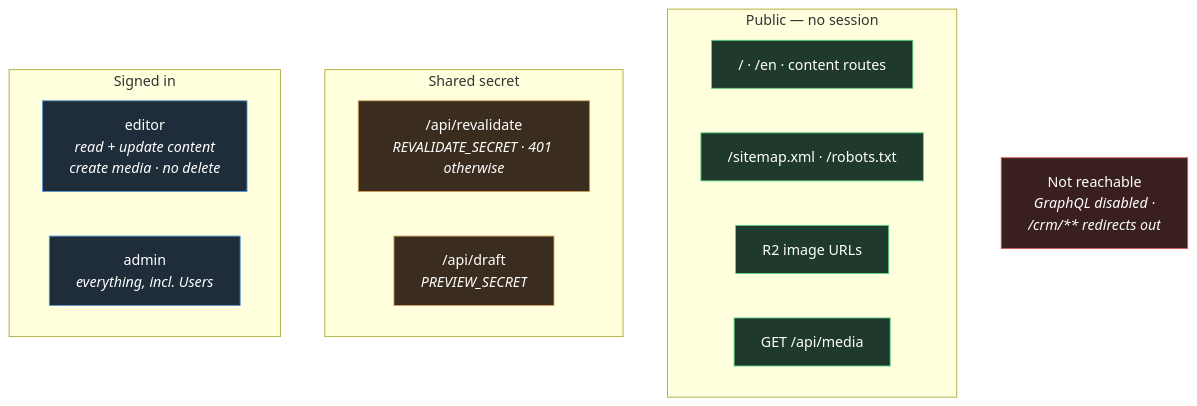
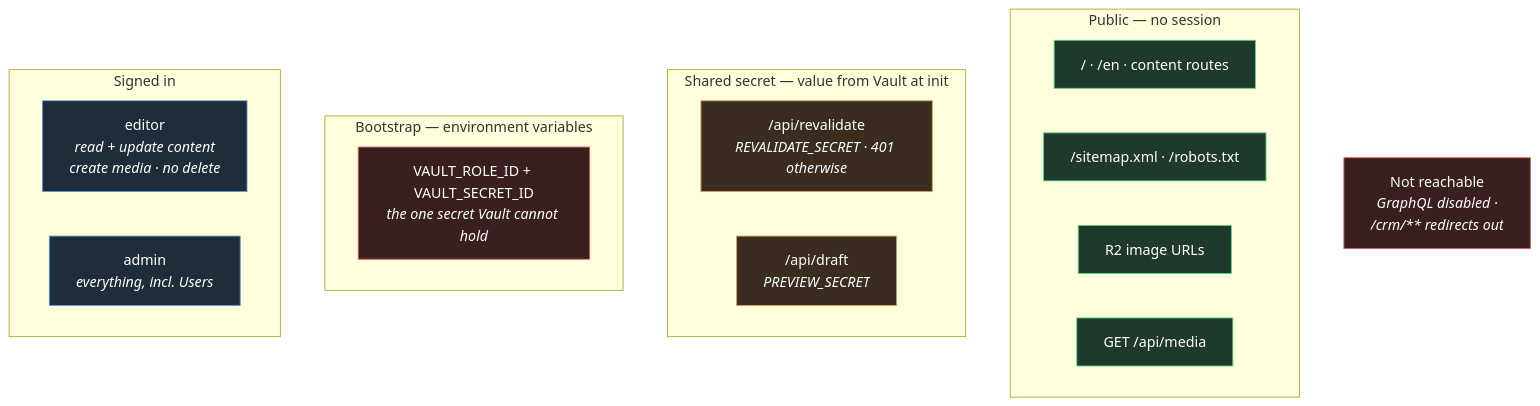
Before and after one commit to CarWashing247/Landing-page: the fourth of 4 diagrams in architecture/architecture-diagram.md, drawn with Mermaid. The commit also changed other lines of this file and 12 other files, not shown here.

````diff
--- a/architecture/architecture-diagram.md
+++ b/architecture/architecture-diagram.md
@@ -151,30 +166,34 @@
 ```mermaid
 graph TB
     subgraph public["Public — no session"]
         p1["/ · /en · content routes"]
         p2["/sitemap.xml · /robots.txt"]
         p3["R2 image URLs"]
         p4["GET /api/media"]
     end
 
-    subgraph secret["Shared secret"]
+    subgraph secret["Shared secret — value from Vault at init"]
         s1["/api/revalidate<br/><i>REVALIDATE_SECRET · 401 otherwise</i>"]
         s2["/api/draft<br/><i>PREVIEW_SECRET</i>"]
+    end
+
+    subgraph boot["Bootstrap — environment variables"]
+        b1["VAULT_ROLE_ID + VAULT_SECRET_ID<br/><i>the one secret Vault cannot hold</i>"]
     end
 
     subgraph staff["Signed in"]
         e1["editor<br/><i>read + update content<br/>create media · no delete</i>"]
         a1["admin<br/><i>everything, incl. Users</i>"]
     end
 
     blocked["Not reachable<br/><i>GraphQL disabled ·<br/>/crm/** redirects out</i>"]
 
     classDef pub fill:#1f3a2d,stroke:#5bd58a,color:#fff
     classDef sec fill:#3a2d1f,stroke:#d5a05b,color:#fff
     classDef stf fill:#1f2d3a,stroke:#5b9bd5,color:#fff
     classDef no fill:#3a1f1f,stroke:#d55b5b,color:#fff
     class p1,p2,p3,p4 pub
     class s1,s2 sec
     class e1,a1 stf
-    class blocked no
+    class blocked,b1 no
 ```
````
